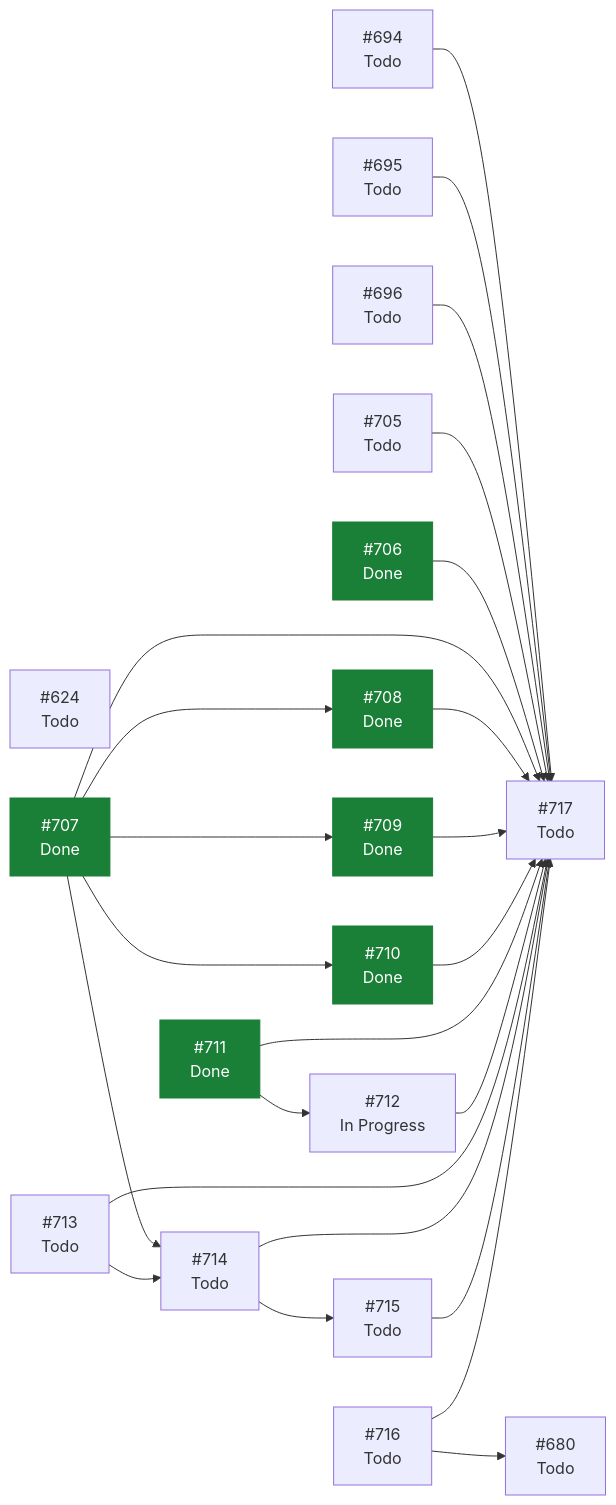
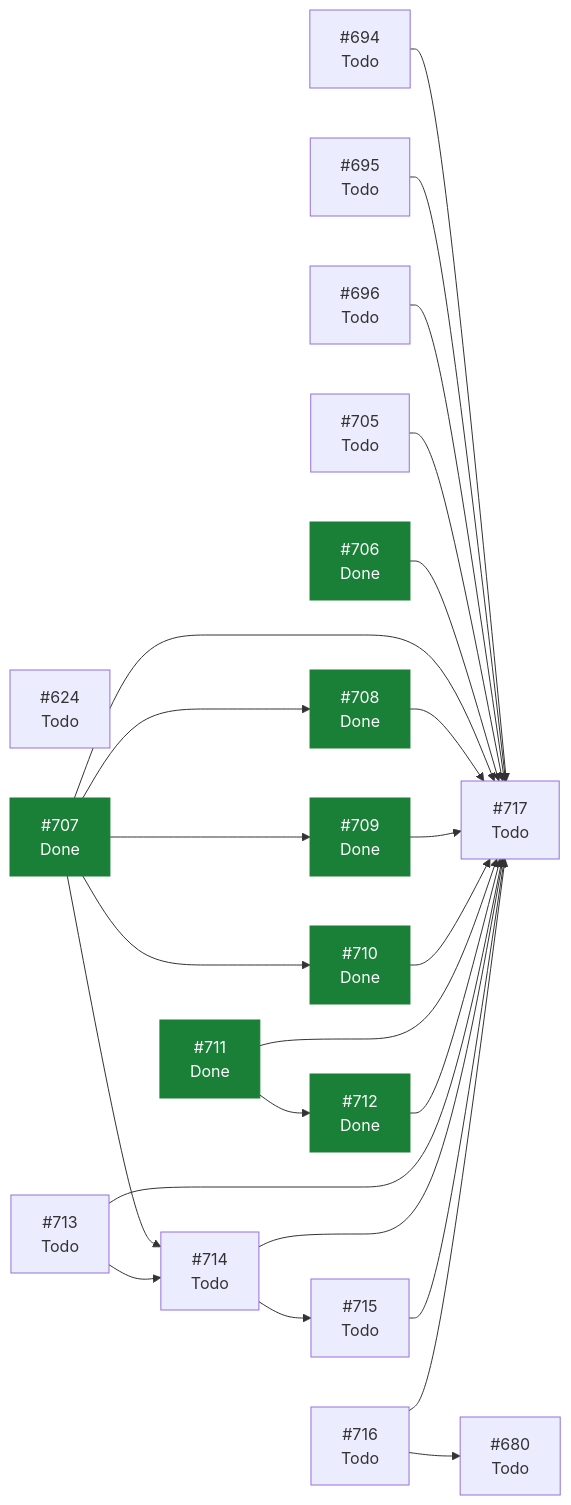
Before and after one commit to ecamp0s/evault: the diagram in docs/planning/STATUS.md, drawn with Mermaid. The commit also changed other lines of this file, not shown here.

````diff
--- a/docs/planning/STATUS.md
+++ b/docs/planning/STATUS.md
@@ -110,46 +109,46 @@
 ```mermaid
 graph LR
   I624["#624<br/>Todo"]
   I680["#680<br/>Todo"]
   I694["#694<br/>Todo"]
   I695["#695<br/>Todo"]
   I696["#696<br/>Todo"]
   I705["#705<br/>Todo"]
   I706["#706<br/>Done"]
   I707["#707<br/>Done"]
   I708["#708<br/>Done"]
   I709["#709<br/>Done"]
   I710["#710<br/>Done"]
   I711["#711<br/>Done"]
-  I712["#712<br/>In Progress"]
+  I712["#712<br/>Done"]
   I713["#713<br/>Todo"]
   I714["#714<br/>Todo"]
   I715["#715<br/>Todo"]
   I716["#716<br/>Todo"]
   I717["#717<br/>Todo"]
   I694 --> I717
   I695 --> I717
   I696 --> I717
   I705 --> I717
   I706 --> I717
   I707 --> I708
   I707 --> I709
   I707 --> I710
   I707 --> I714
   I707 --> I717
   I708 --> I717
   I709 --> I717
   I710 --> I717
   I711 --> I712
   I711 --> I717
   I712 --> I717
   I713 --> I714
   I713 --> I717
   I714 --> I715
   I714 --> I717
   I715 --> I717
   I716 --> I680
   I716 --> I717
   classDef hecho fill:#1a7f37,stroke:#1a7f37,color:#fff;
-  class I706,I707,I708,I709,I710,I711 hecho;
+  class I706,I707,I708,I709,I710,I711,I712 hecho;
 ```
````
